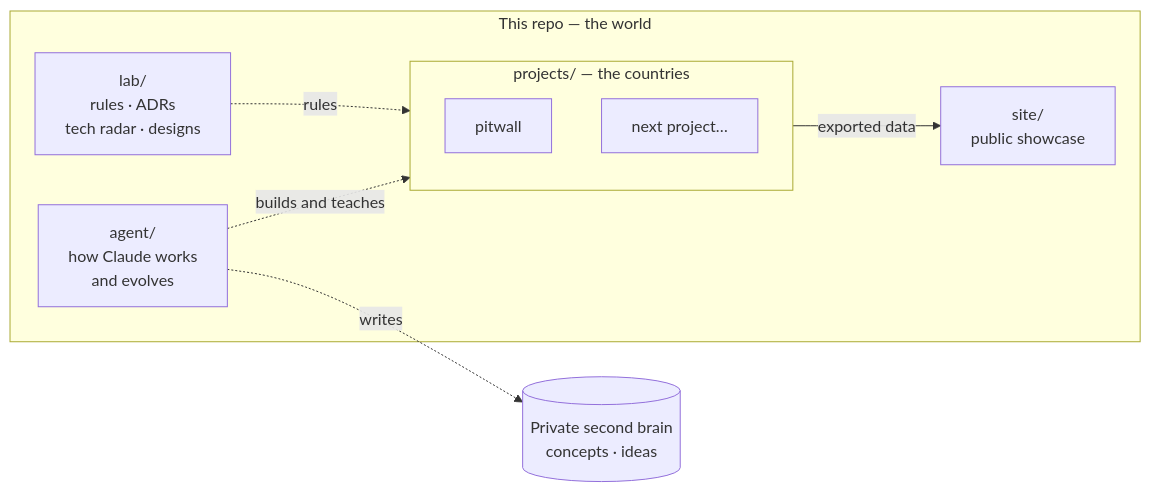
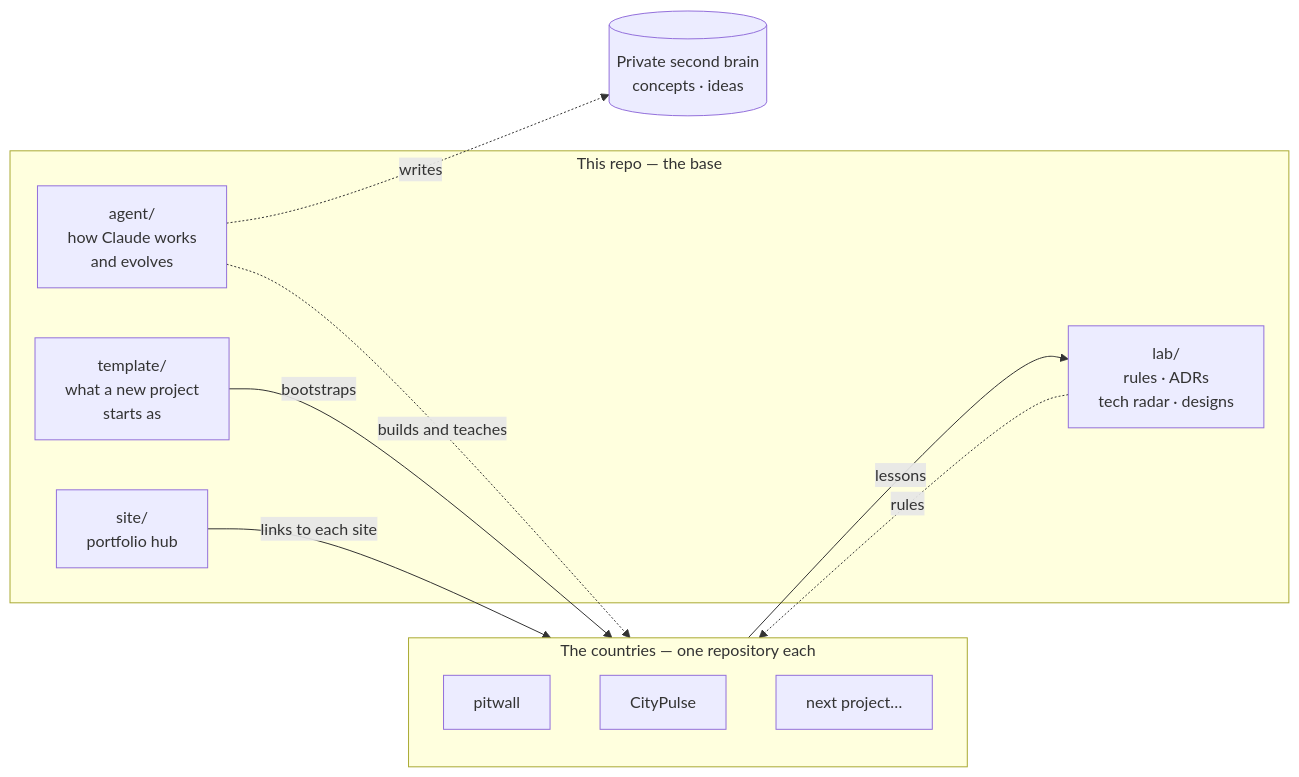
Before and after one commit to TomasRipsky/data-engineering-lab: the diagram in README.md, drawn with Mermaid. The commit also changed other lines of this file and 186 other files, not shown here.

First line of the commit message:
refactor(lab): one repository per project — extract pitwall (#61)

````diff
--- a/README.md
+++ b/README.md
@@ -9,17 +9,21 @@
 ```mermaid
 flowchart LR
-  subgraph world["This repo — the world"]
+  subgraph world["This repo — the base"]
     agent["agent/<br/>how Claude works<br/>and evolves"]
     lab["lab/<br/>rules · ADRs<br/>tech radar · designs"]
-    subgraph countries["projects/ — the countries"]
-      pitwall["pitwall"]
-      next["next project…"]
-    end
-    site["site/<br/>public showcase"]
+    template["template/<br/>what a new project<br/>starts as"]
+    hub["site/<br/>portfolio hub"]
+  end
+  subgraph countries["The countries — one repository each"]
+    pitwall["pitwall"]
+    citypulse["CityPulse"]
+    next["next project…"]
   end
   vault[("Private second brain<br/>concepts · ideas")]
+  template -- bootstraps --> countries
   lab -. rules .-> countries
   agent -. builds and teaches .-> countries
-  countries -- exported data --> site
+  countries -- lessons --> lab
+  hub -- links to each site --> countries
   agent -. writes .-> vault
 ```
````
